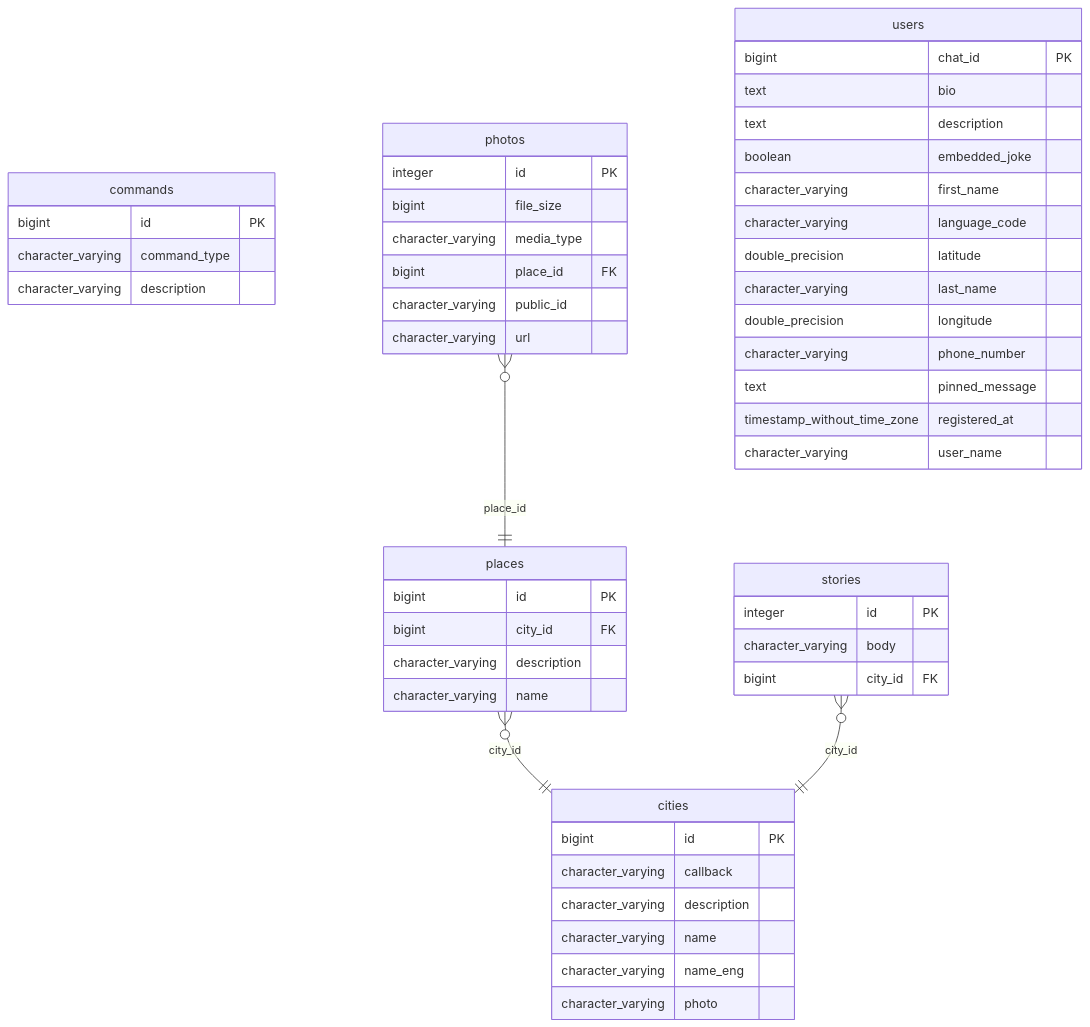
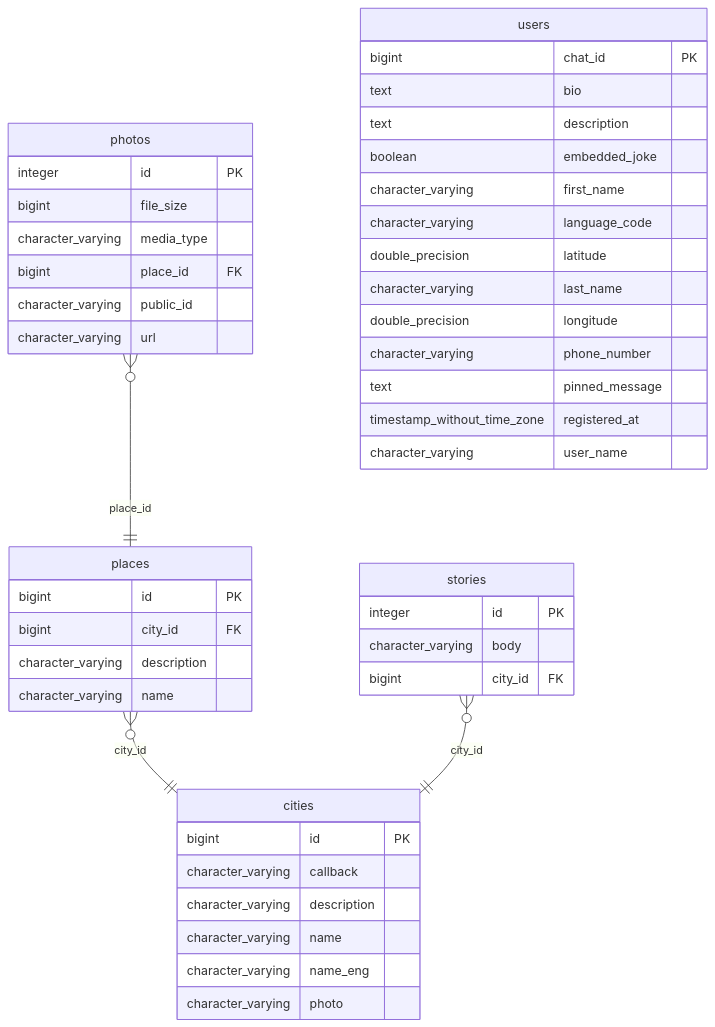
The diagram in README.md (gusainovt/townguide-bot), drawn with Mermaid before and after one commit. The commit also changed 5 other files, not shown here.

````diff
--- a/README.md
+++ b/README.md
@@ -15,59 +15,53 @@
 ```mermaid
 erDiagram
 	cities {
 	    bigint id PK
 	    character_varying callback
 	    character_varying description
 	    character_varying name
 	    character_varying name_eng
 	    character_varying photo
-	}
-	
-	commands {
-	    bigint id PK
-	    character_varying command_type
-	    character_varying description
 	}
 	
 	photos {
 	    integer id PK
 	    bigint file_size
 	    character_varying media_type
 	    bigint place_id FK
 	    character_varying public_id
 	    character_varying url
 	}
 	
 	places {
 	    bigint id PK
 	    bigint city_id FK
 	    character_varying description
 	    character_varying name
 	}
 	
 	stories {
 	    integer id PK
 	    character_varying body
 	    bigint city_id FK
 	}
 	
 	users {
 	    bigint chat_id PK
 	    text bio
 	    text description
 	    boolean embedded_joke
 	    character_varying first_name
 	    character_varying language_code
 	    double_precision latitude
 	    character_varying last_name
 	    double_precision longitude
 	    character_varying phone_number
 	    text pinned_message
 	    timestamp_without_time_zone registered_at
 	    character_varying user_name
 	}
 	
 	places }o--|| cities : "city_id"
 	stories }o--|| cities : "city_id"
 	photos }o--|| places : "place_id"
 ```
````
